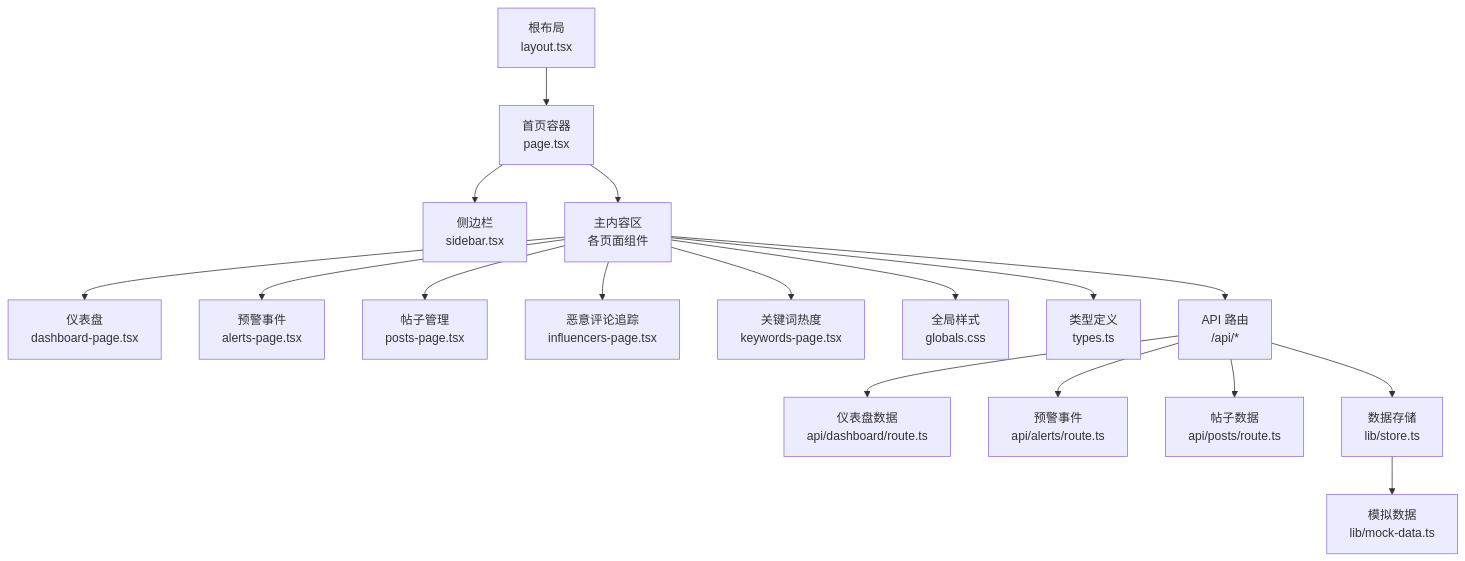
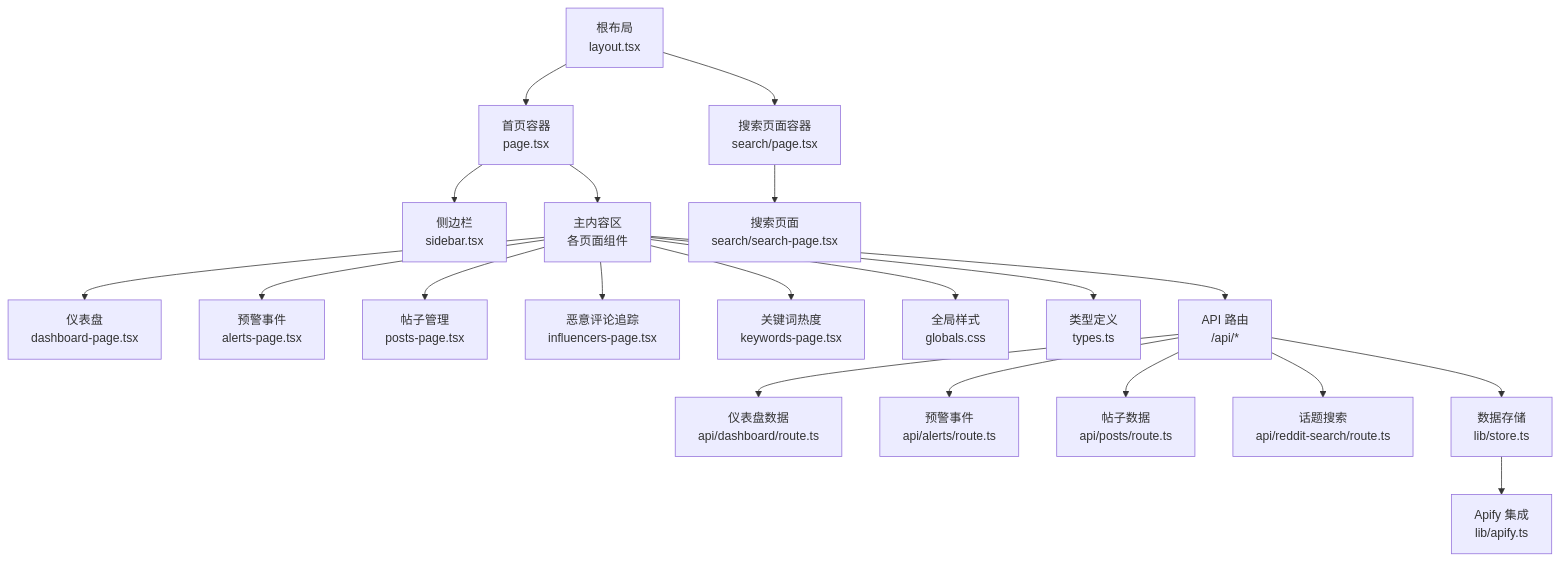
Before and after one commit to zezzezzez/reddit: the first of 5 diagrams in .qoder/repowiki/zh/content/前端界面/前端界面.md, drawn with Mermaid. The commit also changed other lines of this file and 21 other files, not shown here.

````diff
--- a/.qoder/repowiki/zh/content/前端界面/前端界面.md
+++ b/.qoder/repowiki/zh/content/前端界面/前端界面.md
@@ -50,19 +62,22 @@
 ```mermaid
 graph TB
 A["根布局<br/>layout.tsx"] --> B["首页容器<br/>page.tsx"]
+A --> F["搜索页面容器<br/>search/page.tsx"]
 B --> C["侧边栏<br/>sidebar.tsx"]
 B --> D["主内容区<br/>各页面组件"]
+F --> G["搜索页面<br/>search/search-page.tsx"]
 D --> D1["仪表盘<br/>dashboard-page.tsx"]
 D --> D2["预警事件<br/>alerts-page.tsx"]
 D --> D3["帖子管理<br/>posts-page.tsx"]
 D --> D4["恶意评论追踪<br/>influencers-page.tsx"]
 D --> D5["关键词热度<br/>keywords-page.tsx"]
-D --> E["全局样式<br/>globals.css"]
-D --> F["类型定义<br/>types.ts"]
-D --> G["API 路由<br/>/api/*"]
-G --> G1["仪表盘数据<br/>api/dashboard/route.ts"]
-G --> G2["预警事件<br/>api/alerts/route.ts"]
-G --> G3["帖子数据<br/>api/posts/route.ts"]
-G --> H["数据存储<br/>lib/store.ts"]
-H --> H1["模拟数据<br/>lib/mock-data.ts"]
+D --> H["全局样式<br/>globals.css"]
+D --> I["类型定义<br/>types.ts"]
+D --> J["API 路由<br/>/api/*"]
+J --> J1["仪表盘数据<br/>api/dashboard/route.ts"]
+J --> J2["预警事件<br/>api/alerts/route.ts"]
+J --> J3["帖子数据<br/>api/posts/route.ts"]
+J --> J4["话题搜索<br/>api/reddit-search/route.ts"]
+J --> K["数据存储<br/>lib/store.ts"]
+K --> K1["Apify 集成<br/>lib/apify.ts"]
 ```
````
